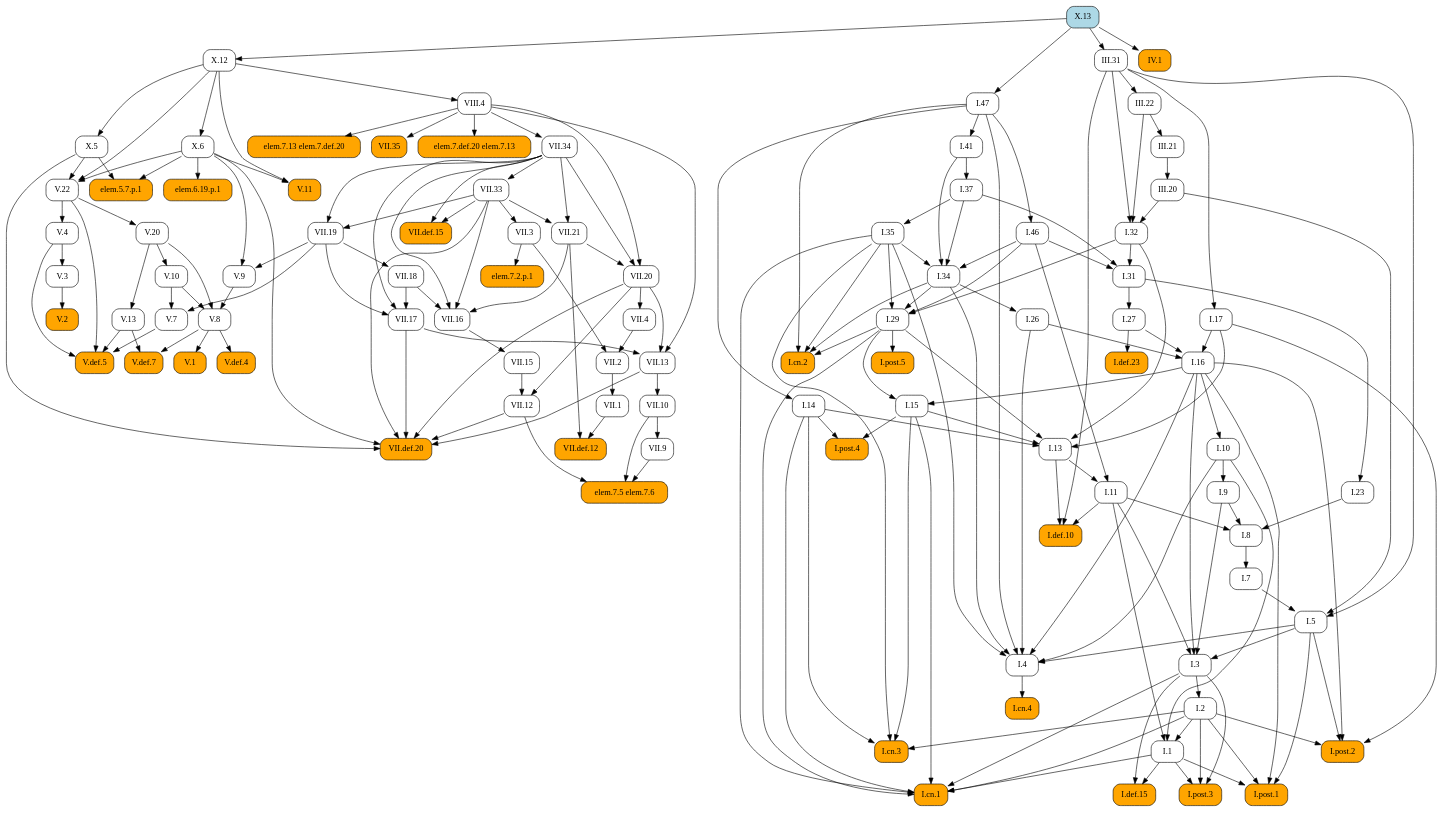
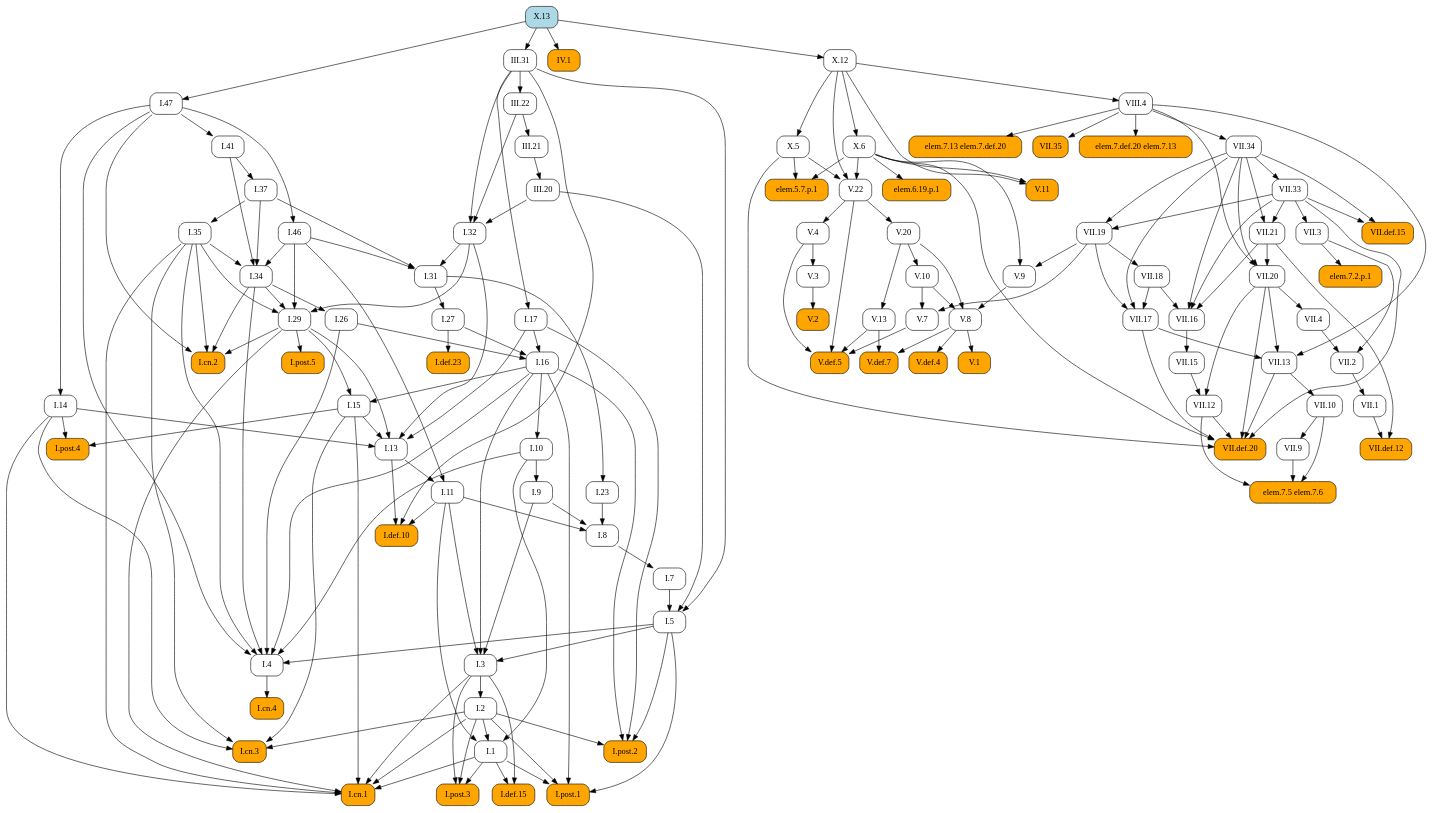
Before and after one commit to geometor/elements: the diagram in docsrc/heath/X/13/index.rst, drawn with Graphviz. The commit also changed other lines of this file and 1029 other files, not shown here.

```diff
--- a/docsrc/heath/X/13/index.rst
+++ b/docsrc/heath/X/13/index.rst
@@ -53,166 +53,240 @@
    digraph {
      rankdir="TB";
      node [shape=box, style=rounded];
+     "I.def.10" [style="rounded,filled", fillcolor=orange, URL="/heath/I/def.10/", target="_top"];
+     "I.11" [URL="/heath/I/11/", target="_top"];
+     "I.post.4" [style="rounded,filled", fillcolor=orange, URL="/heath/I/post.4/", target="_top"];
+     "I.1" [URL="/heath/I/1/", target="_top"];
+     "VII.1" [URL="/heath/VII/1/", target="_top"];
+     "VII.9" [URL="/heath/VII/9/", target="_top"];
+     "V.def.5" [style="rounded,filled", fillcolor=orange, URL="/heath/V/def.5/", target="_top"];
+     "III.20" [URL="/heath/III/20/", target="_top"];
+     "III.31" [URL="/heath/III/31/", target="_top"];
+     "X.13" [style="rounded,filled", fillcolor=lightblue, URL="/heath/X/13/", target="_top"];
+     "V.13" [URL="/heath/V/13/", target="_top"];
+     "V.11" [style="rounded,filled", fillcolor=orange, URL="/heath/V/11/", target="_top"];
+     "I.47" [URL="/heath/I/47/", target="_top"];
+     "elem.7.5 elem.7.6" [style="rounded,filled", fillcolor=orange];
+     "I.post.3" [style="rounded,filled", fillcolor=orange, URL="/heath/I/post.3/", target="_top"];
+     "I.cn.3" [style="rounded,filled", fillcolor=orange, URL="/heath/I/cn.3/", target="_top"];
+     "I.14" [URL="/heath/I/14/", target="_top"];
+     "VII.13" [URL="/heath/VII/13/", target="_top"];
+     "VII.2" [URL="/heath/VII/2/", target="_top"];
+     "V.3" [URL="/heath/V/3/", target="_top"];
+     "elem.7.13 elem.7.def.20" [style="rounded,filled", fillcolor=orange];
+     "VII.12" [URL="/heath/VII/12/", target="_top"];
+     "VII.def.12" [style="rounded,filled", fillcolor=orange, URL="/heath/VII/def.12/", target="_top"];
+     "I.41" [URL="/heath/I/41/", target="_top"];
+     "I.27" [URL="/heath/I/27/", target="_top"];
+     "V.8" [URL="/heath/V/8/", target="_top"];
+     "I.37" [URL="/heath/I/37/", target="_top"];
+     "I.34" [URL="/heath/I/34/", target="_top"];
+     "VII.10" [URL="/heath/VII/10/", target="_top"];
+     "elem.7.2.p.1" [style="rounded,filled", fillcolor=orange];
+     "I.2" [URL="/heath/I/2/", target="_top"];
+     "I.def.23" [style="rounded,filled", fillcolor=orange, URL="/heath/I/def.23/", target="_top"];
+     "VII.18" [URL="/heath/VII/18/", target="_top"];
+     "IV.1" [style="rounded,filled", fillcolor=orange, URL="/heath/IV/1/", target="_top"];
+     "I.17" [URL="/heath/I/17/", target="_top"];
+     "I.post.2" [style="rounded,filled", fillcolor=orange, URL="/heath/I/post.2/", target="_top"];
+     "VII.21" [URL="/heath/VII/21/", target="_top"];
+     "VII.20" [URL="/heath/VII/20/", target="_top"];
+     "VII.35" [style="rounded,filled", fillcolor=orange, URL="/heath/VII/35/", target="_top"];
+     "I.9" [URL="/heath/I/9/", target="_top"];
+     "I.32" [URL="/heath/I/32/", target="_top"];
+     "V.def.4" [style="rounded,filled", fillcolor=orange, URL="/heath/V/def.4/", target="_top"];
+     "I.cn.4" [style="rounded,filled", fillcolor=orange, URL="/heath/I/cn.4/", target="_top"];
+     "I.15" [URL="/heath/I/15/", target="_top"];
+     "III.22" [URL="/heath/III/22/", target="_top"];
+     "V.def.7" [style="rounded,filled", fillcolor=orange, URL="/heath/V/def.7/", target="_top"];
+     "VII.def.20" [style="rounded,filled", fillcolor=orange, URL="/heath/VII/def.20/", target="_top"];
+     "I.5" [URL="/heath/I/5/", target="_top"];
+     "elem.7.def.20 elem.7.13" [style="rounded,filled", fillcolor=orange];
+     "I.26" [URL="/heath/I/26/", target="_top"];
+     "I.29" [URL="/heath/I/29/", target="_top"];
+     "V.22" [URL="/heath/V/22/", target="_top"];
+     "I.cn.2" [style="rounded,filled", fillcolor=orange, URL="/heath/I/cn.2/", target="_top"];
+     "X.6" [URL="/heath/X/6/", target="_top"];
+     "V.20" [URL="/heath/V/20/", target="_top"];
+     "V.10" [URL="/heath/V/10/", target="_top"];
+     "VII.17" [URL="/heath/VII/17/", target="_top"];
+     "VII.3" [URL="/heath/VII/3/", target="_top"];
+     "I.def.15" [style="rounded,filled", fillcolor=orange, URL="/heath/I/def.15/", target="_top"];
+     "I.cn.1" [style="rounded,filled", fillcolor=orange, URL="/heath/I/cn.1/", target="_top"];
+     "V.7" [URL="/heath/V/7/", target="_top"];
+     "V.9" [URL="/heath/V/9/", target="_top"];
+     "I.23" [URL="/heath/I/23/", target="_top"];
+     "I.post.1" [style="rounded,filled", fillcolor=orange, URL="/heath/I/post.1/", target="_top"];
+     "X.12" [URL="/heath/X/12/", target="_top"];
+     "elem.6.19.p.1" [style="rounded,filled", fillcolor=orange];
+     "I.35" [URL="/heath/I/35/", target="_top"];
+     "I.10" [URL="/heath/I/10/", target="_top"];
+     "I.46" [URL="/heath/I/46/", target="_top"];
+     "VII.33" [URL="/heath/VII/33/", target="_top"];
+     "I.7" [URL="/heath/I/7/", target="_top"];
+     "I.3" [URL="/heath/I/3/", target="_top"];
+     "VII.def.15" [style="rounded,filled", fillcolor=orange, URL="/heath/VII/def.15/", target="_top"];
+     "I.4" [URL="/heath/I/4/", target="_top"];
+     "VII.19" [URL="/heath/VII/19/", target="_top"];
+     "I.13" [URL="/heath/I/13/", target="_top"];
+     "VII.16" [URL="/heath/VII/16/", target="_top"];
+     "V.4" [URL="/heath/V/4/", target="_top"];
+     "elem.5.7.p.1" [style="rounded,filled", fillcolor=orange];
+     "VII.4" [URL="/heath/VII/4/", target="_top"];
+     "I.31" [URL="/heath/I/31/", target="_top"];
+     "VIII.4" [URL="/heath/VIII/4/", target="_top"];
      "V.1" [style="rounded,filled", fillcolor=orange, URL="/heath/V/1/", target="_top"];
-     "VII.12" [URL="/heath/VII/12/", target="_top"];
-     "III.22" [URL="/heath/III/22/", target="_top"];
-     "I.29" [URL="/heath/I/29/", target="_top"];
-     "I.7" [URL="/heath/I/7/", target="_top"];
-     "I.27" [URL="/heath/I/27/", target="_top"];
-     "I.def.23" [style="rounded,filled", fillcolor=orange, URL="/heath/I/def.23/", target="_top"];
-     "V.20" [URL="/heath/V/20/", target="_top"];
-     "I.34" [URL="/heath/I/34/", target="_top"];
-     "VII.13" [URL="/heath/VII/13/", target="_top"];
-     "I.8" [URL="/heath/I/8/", target="_top"];
-     "VII.16" [URL="/heath/VII/16/", target="_top"];
-     "I.9" [URL="/heath/I/9/", target="_top"];
-     "V.2" [style="rounded,filled", fillcolor=orange, URL="/heath/V/2/", target="_top"];
-     "VII.def.15" [style="rounded,filled", fillcolor=orange, URL="/heath/VII/def.15/", target="_top"];
-     "VII.18" [URL="/heath/VII/18/", target="_top"];
-     "V.22" [URL="/heath/V/22/", target="_top"];
-     "III.20" [URL="/heath/III/20/", target="_top"];
-     "I.post.4" [style="rounded,filled", fillcolor=orange, URL="/heath/I/post.4/", target="_top"];
-     "elem.5.7.p.1" [style="rounded,filled", fillcolor=orange];
-     "I.2" [URL="/heath/I/2/", target="_top"];
-     "V.4" [URL="/heath/V/4/", target="_top"];
-     "VII.15" [URL="/heath/VII/15/", target="_top"];
-     "VII.def.12" [style="rounded,filled", fillcolor=orange, URL="/heath/VII/def.12/", target="_top"];
-     "VII.2" [URL="/heath/VII/2/", target="_top"];
-     "I.cn.4" [style="rounded,filled", fillcolor=orange, URL="/heath/I/cn.4/", target="_top"];
-     "elem.7.5 elem.7.6" [style="rounded,filled", fillcolor=orange];
-     "VII.3" [URL="/heath/VII/3/", target="_top"];
-     "VII.10" [URL="/heath/VII/10/", target="_top"];
-     "III.31" [URL="/heath/III/31/", target="_top"];
-     "I.23" [URL="/heath/I/23/", target="_top"];
-     "I.13" [URL="/heath/I/13/", target="_top"];
-     "VII.20" [URL="/heath/VII/20/", target="_top"];
-     "I.5" [URL="/heath/I/5/", target="_top"];
-     "III.21" [URL="/heath/III/21/", target="_top"];
-     "I.11" [URL="/heath/I/11/", target="_top"];
-     "X.6" [URL="/heath/X/6/", target="_top"];
-     "I.4" [URL="/heath/I/4/", target="_top"];
-     "VII.9" [URL="/heath/VII/9/", target="_top"];
-     "I.def.10" [style="rounded,filled", fillcolor=orange, URL="/heath/I/def.10/", target="_top"];
-     "I.46" [URL="/heath/I/46/", target="_top"];
-     "VII.19" [URL="/heath/VII/19/", target="_top"];
-     "VII.4" [URL="/heath/VII/4/", target="_top"];
-     "elem.7.2.p.1" [style="rounded,filled", fillcolor=orange];
-     "I.post.3" [style="rounded,filled", fillcolor=orange, URL="/heath/I/post.3/", target="_top"];
-     "V.9" [URL="/heath/V/9/", target="_top"];
-     "V.3" [URL="/heath/V/3/", target="_top"];
-     "I.15" [URL="/heath/I/15/", target="_top"];
-     "VII.1" [URL="/heath/VII/1/", target="_top"];
-     "I.17" [URL="/heath/I/17/", target="_top"];
-     "elem.7.13 elem.7.def.20" [style="rounded,filled", fillcolor=orange];
-     "I.32" [URL="/heath/I/32/", target="_top"];
-     "V.def.5" [style="rounded,filled", fillcolor=orange, URL="/heath/V/def.5/", target="_top"];
-     "I.41" [URL="/heath/I/41/", target="_top"];
-     "I.cn.3" [style="rounded,filled", fillcolor=orange, URL="/heath/I/cn.3/", target="_top"];
-     "VII.35" [style="rounded,filled", fillcolor=orange, URL="/heath/VII/35/", target="_top"];
-     "X.13" [style="rounded,filled", fillcolor=lightblue, URL="/heath/X/13/", target="_top"];
-     "VIII.4" [URL="/heath/VIII/4/", target="_top"];
-     "elem.7.def.20 elem.7.13" [style="rounded,filled", fillcolor=orange];
-     "V.def.4" [style="rounded,filled", fillcolor=orange, URL="/heath/V/def.4/", target="_top"];
-     "V.8" [URL="/heath/V/8/", target="_top"];
-     "VII.21" [URL="/heath/VII/21/", target="_top"];
-     "V.7" [URL="/heath/V/7/", target="_top"];
-     "I.def.15" [style="rounded,filled", fillcolor=orange, URL="/heath/I/def.15/", target="_top"];
-     "I.1" [URL="/heath/I/1/", target="_top"];
-     "I.post.1" [style="rounded,filled", fillcolor=orange, URL="/heath/I/post.1/", target="_top"];
-     "V.13" [URL="/heath/V/13/", target="_top"];
+     "I.16" [URL="/heath/I/16/", target="_top"];
      "X.5" [URL="/heath/X/5/", target="_top"];
      "VII.34" [URL="/heath/VII/34/", target="_top"];
-     "VII.def.20" [style="rounded,filled", fillcolor=orange, URL="/heath/VII/def.20/", target="_top"];
-     "elem.6.19.p.1" [style="rounded,filled", fillcolor=orange];
-     "I.26" [URL="/heath/I/26/", target="_top"];
-     "V.def.7" [style="rounded,filled", fillcolor=orange, URL="/heath/V/def.7/", target="_top"];
-     "I.cn.2" [style="rounded,filled", fillcolor=orange, URL="/heath/I/cn.2/", target="_top"];
-     "V.10" [URL="/heath/V/10/", target="_top"];
-     "I.10" [URL="/heath/I/10/", target="_top"];
-     "I.3" [URL="/heath/I/3/", target="_top"];
-     "I.16" [URL="/heath/I/16/", target="_top"];
-     "I.31" [URL="/heath/I/31/", target="_top"];
-     "V.11" [style="rounded,filled", fillcolor=orange, URL="/heath/V/11/", target="_top"];
-     "X.12" [URL="/heath/X/12/", target="_top"];
-     "I.post.2" [style="rounded,filled", fillcolor=orange, URL="/heath/I/post.2/", target="_top"];
-     "IV.1" [style="rounded,filled", fillcolor=orange, URL="/heath/IV/1/", target="_top"];
+     "I.8" [URL="/heath/I/8/", target="_top"];
+     "V.2" [style="rounded,filled", fillcolor=orange, URL="/heath/V/2/", target="_top"];
+     "III.21" [URL="/heath/III/21/", target="_top"];
      "I.post.5" [style="rounded,filled", fillcolor=orange, URL="/heath/I/post.5/", target="_top"];
-     "I.14" [URL="/heath/I/14/", target="_top"];
-     "I.35" [URL="/heath/I/35/", target="_top"];
-     "I.47" [URL="/heath/I/47/", target="_top"];
-     "I.cn.1" [style="rounded,filled", fillcolor=orange, URL="/heath/I/cn.1/", target="_top"];
-     "VII.33" [URL="/heath/VII/33/", target="_top"];
-     "I.37" [URL="/heath/I/37/", target="_top"];
-     "VII.17" [URL="/heath/VII/17/", target="_top"];
-     "V.8" -> "V.1";
+     "VII.15" [URL="/heath/VII/15/", target="_top"];
+     "I.11" -> "I.def.10";
+     "I.13" -> "I.def.10";
+     "III.31" -> "I.def.10";
+     "I.13" -> "I.11";
+     "I.46" -> "I.11";
+     "I.14" -> "I.post.4";
+     "I.15" -> "I.post.4";
+     "I.2" -> "I.1";
+     "I.10" -> "I.1";
+     "I.11" -> "I.1";
+     "VII.2" -> "VII.1";
+     "VII.10" -> "VII.9";
+     "V.4" -> "V.def.5";
+     "V.7" -> "V.def.5";
+     "V.13" -> "V.def.5";
+     "V.22" -> "V.def.5";
+     "III.21" -> "III.20";
+     "X.13" -> "III.31";
+     "V.20" -> "V.13";
+     "X.6" -> "V.11";
+     "X.12" -> "V.11";
+     "X.13" -> "I.47";
+     "VII.9" -> "elem.7.5 elem.7.6";
+     "VII.10" -> "elem.7.5 elem.7.6";
+     "VII.12" -> "elem.7.5 elem.7.6";
+     "I.1" -> "I.post.3";
+     "I.2" -> "I.post.3";
+     "I.3" -> "I.post.3";
+     "I.2" -> "I.cn.3";
+     "I.14" -> "I.cn.3";
+     "I.15" -> "I.cn.3";
+     "I.35" -> "I.cn.3";
+     "I.47" -> "I.14";
+     "VII.17" -> "VII.13";
+     "VII.20" -> "VII.13";
+     "VIII.4" -> "VII.13";
+     "VII.3" -> "VII.2";
+     "VII.4" -> "VII.2";
+     "V.4" -> "V.3";
+     "VIII.4" -> "elem.7.13 elem.7.def.20";
      "VII.15" -> "VII.12";
      "VII.20" -> "VII.12";
+     "VII.1" -> "VII.def.12";
+     "VII.21" -> "VII.def.12";
+     "I.47" -> "I.41";
+     "I.31" -> "I.27";
+     "V.9" -> "V.8";
+     "V.10" -> "V.8";
+     "V.20" -> "V.8";
+     "I.41" -> "I.37";
+     "I.35" -> "I.34";
+     "I.37" -> "I.34";
+     "I.41" -> "I.34";
+     "I.46" -> "I.34";
+     "VII.13" -> "VII.10";
+     "VII.3" -> "elem.7.2.p.1";
+     "I.3" -> "I.2";
+     "I.27" -> "I.def.23";
+     "VII.19" -> "VII.18";
+     "X.13" -> "IV.1";
+     "III.31" -> "I.17";
+     "I.2" -> "I.post.2";
+     "I.5" -> "I.post.2";
+     "I.16" -> "I.post.2";
+     "I.17" -> "I.post.2";
+     "VII.33" -> "VII.21";
+     "VII.34" -> "VII.21";
+     "VII.21" -> "VII.20";
+     "VII.34" -> "VII.20";
+     "VIII.4" -> "VII.20";
+     "VIII.4" -> "VII.35";
+     "I.10" -> "I.9";
+     "III.20" -> "I.32";
+     "III.22" -> "I.32";
+     "III.31" -> "I.32";
+     "V.8" -> "V.def.4";
+     "I.4" -> "I.cn.4";
+     "I.16" -> "I.15";
+     "I.29" -> "I.15";
      "III.31" -> "III.22";
+     "V.8" -> "V.def.7";
+     "V.13" -> "V.def.7";
+     "VII.12" -> "VII.def.20";
+     "VII.13" -> "VII.def.20";
+     "VII.17" -> "VII.def.20";
+     "VII.20" -> "VII.def.20";
+     "VII.33" -> "VII.def.20";
+     "X.5" -> "VII.def.20";
+     "X.6" -> "VII.def.20";
+     "I.7" -> "I.5";
+     "III.20" -> "I.5";
+     "III.31" -> "I.5";
+     "VIII.4" -> "elem.7.def.20 elem.7.13";
+     "I.34" -> "I.26";
      "I.32" -> "I.29";
      "I.34" -> "I.29";
      "I.35" -> "I.29";
      "I.46" -> "I.29";
-     "I.8" -> "I.7";
-     "I.31" -> "I.27";
-     "I.27" -> "I.def.23";
-     "V.22" -> "V.20";
-     "I.35" -> "I.34";
-     "I.37" -> "I.34";
-     "I.41" -> "I.34";
-     "I.46" -> "I.34";
-     "VII.17" -> "VII.13";
-     "VII.20" -> "VII.13";
-     "VIII.4" -> "VII.13";
-     "I.9" -> "I.8";
-     "I.11" -> "I.8";
-     "I.23" -> "I.8";
-     "VII.18" -> "VII.16";
-     "VII.21" -> "VII.16";
-     "VII.33" -> "VII.16";
-     "VII.34" -> "VII.16";
-     "I.10" -> "I.9";
-     "V.3" -> "V.2";
-     "VII.33" -> "VII.def.15";
-     "VII.34" -> "VII.def.15";
-     "VII.19" -> "VII.18";
      "X.5" -> "V.22";
      "X.6" -> "V.22";
      "X.12" -> "V.22";
-     "III.21" -> "III.20";
-     "I.14" -> "I.post.4";
-     "I.15" -> "I.post.4";
-     "X.5" -> "elem.5.7.p.1";
-     "X.6" -> "elem.5.7.p.1";
-     "I.3" -> "I.2";
-     "V.22" -> "V.4";
-     "VII.16" -> "VII.15";
-     "VII.1" -> "VII.def.12";
-     "VII.21" -> "VII.def.12";
-     "VII.3" -> "VII.2";
-     "VII.4" -> "VII.2";
-     "I.4" -> "I.cn.4";
-     "VII.9" -> "elem.7.5 elem.7.6";
-     "VII.10" -> "elem.7.5 elem.7.6";
-     "VII.12" -> "elem.7.5 elem.7.6";
+     "I.29" -> "I.cn.2";
+     "I.34" -> "I.cn.2";
+     "I.35" -> "I.cn.2";
+     "I.47" -> "I.cn.2";
+     "X.12" -> "X.6";
+     "V.22" -> "V.20";
+     "V.20" -> "V.10";
+     "VII.18" -> "VII.17";
+     "VII.19" -> "VII.17";
+     "VII.34" -> "VII.17";
      "VII.33" -> "VII.3";
-     "VII.13" -> "VII.10";
-     "X.13" -> "III.31";
+     "I.1" -> "I.def.15";
+     "I.3" -> "I.def.15";
+     "I.1" -> "I.cn.1";
+     "I.2" -> "I.cn.1";
+     "I.3" -> "I.cn.1";
+     "I.14" -> "I.cn.1";
+     "I.15" -> "I.cn.1";
+     "I.29" -> "I.cn.1";
+     "I.35" -> "I.cn.1";
+     "V.10" -> "V.7";
+     "VII.19" -> "V.7";
+     "VII.19" -> "V.9";
+     "X.6" -> "V.9";
      "I.31" -> "I.23";
-     "I.14" -> "I.13";
-     "I.15" -> "I.13";
-     "I.17" -> "I.13";
-     "I.29" -> "I.13";
-     "I.32" -> "I.13";
-     "VII.21" -> "VII.20";
-     "VII.34" -> "VII.20";
-     "VIII.4" -> "VII.20";
-     "I.7" -> "I.5";
-     "III.20" -> "I.5";
-     "III.31" -> "I.5";
-     "III.22" -> "III.21";
-     "I.13" -> "I.11";
-     "I.46" -> "I.11";
-     "X.12" -> "X.6";
+     "I.1" -> "I.post.1";
+     "I.2" -> "I.post.1";
+     "I.5" -> "I.post.1";
+     "I.16" -> "I.post.1";
+     "X.13" -> "X.12";
+     "X.6" -> "elem.6.19.p.1";
+     "I.37" -> "I.35";
+     "I.16" -> "I.10";
+     "I.47" -> "I.46";
+     "VII.34" -> "VII.33";
+     "I.8" -> "I.7";
+     "I.5" -> "I.3";
+     "I.9" -> "I.3";
+     "I.11" -> "I.3";
+     "I.16" -> "I.3";
+     "VII.33" -> "VII.def.15";
+     "VII.34" -> "VII.def.15";
      "I.5" -> "I.4";
      "I.10" -> "I.4";
      "I.16" -> "I.4";
@@ -220,110 +294,36 @@
      "I.34" -> "I.4";
      "I.35" -> "I.4";
      "I.47" -> "I.4";
-     "VII.10" -> "VII.9";
-     "I.11" -> "I.def.10";
-     "I.13" -> "I.def.10";
-     "III.31" -> "I.def.10";
-     "I.47" -> "I.46";
      "VII.33" -> "VII.19";
      "VII.34" -> "VII.19";
+     "I.14" -> "I.13";
+     "I.15" -> "I.13";
+     "I.17" -> "I.13";
+     "I.29" -> "I.13";
+     "I.32" -> "I.13";
+     "VII.18" -> "VII.16";
+     "VII.21" -> "VII.16";
+     "VII.33" -> "VII.16";
+     "VII.34" -> "VII.16";
+     "V.22" -> "V.4";
+     "X.5" -> "elem.5.7.p.1";
+     "X.6" -> "elem.5.7.p.1";
      "VII.20" -> "VII.4";
-     "VII.3" -> "elem.7.2.p.1";
-     "I.1" -> "I.post.3";
-     "I.2" -> "I.post.3";
-     "I.3" -> "I.post.3";
-     "VII.19" -> "V.9";
-     "X.6" -> "V.9";
-     "V.4" -> "V.3";
-     "I.16" -> "I.15";
-     "I.29" -> "I.15";
-     "VII.2" -> "VII.1";
-     "III.31" -> "I.17";
-     "VIII.4" -> "elem.7.13 elem.7.def.20";
-     "III.20" -> "I.32";
-     "III.22" -> "I.32";
-     "III.31" -> "I.32";
-     "V.4" -> "V.def.5";
-     "V.7" -> "V.def.5";
-     "V.13" -> "V.def.5";
-     "V.22" -> "V.def.5";
-     "I.47" -> "I.41";
-     "I.2" -> "I.cn.3";
-     "I.14" -> "I.cn.3";
-     "I.15" -> "I.cn.3";
-     "I.35" -> "I.cn.3";
-     "VIII.4" -> "VII.35";
+     "I.32" -> "I.31";
+     "I.37" -> "I.31";
+     "I.46" -> "I.31";
      "X.12" -> "VIII.4";
-     "VIII.4" -> "elem.7.def.20 elem.7.13";
-     "V.8" -> "V.def.4";
-     "V.9" -> "V.8";
-     "V.10" -> "V.8";
-     "V.20" -> "V.8";
-     "VII.33" -> "VII.21";
-     "VII.34" -> "VII.21";
-     "V.10" -> "V.7";
-     "VII.19" -> "V.7";
-     "I.1" -> "I.def.15";
-     "I.3" -> "I.def.15";
-     "I.2" -> "I.1";
-     "I.10" -> "I.1";
-     "I.11" -> "I.1";
-     "I.1" -> "I.post.1";
-     "I.2" -> "I.post.1";
-     "I.5" -> "I.post.1";
-     "I.16" -> "I.post.1";
-     "V.20" -> "V.13";
-     "X.12" -> "X.5";
-     "VIII.4" -> "VII.34";
-     "VII.12" -> "VII.def.20";
-     "VII.13" -> "VII.def.20";
-     "VII.17" -> "VII.def.20";
-     "VII.20" -> "VII.def.20";
-     "VII.33" -> "VII.def.20";
-     "X.5" -> "VII.def.20";
-     "X.6" -> "VII.def.20";
-     "X.6" -> "elem.6.19.p.1";
-     "I.34" -> "I.26";
-     "V.8" -> "V.def.7";
-     "V.13" -> "V.def.7";
-     "I.29" -> "I.cn.2";
-     "I.34" -> "I.cn.2";
-     "I.35" -> "I.cn.2";
-     "I.47" -> "I.cn.2";
-     "V.20" -> "V.10";
-     "I.16" -> "I.10";
-     "I.5" -> "I.3";
-     "I.9" -> "I.3";
-     "I.11" -> "I.3";
-     "I.16" -> "I.3";
+     "V.8" -> "V.1";
      "I.17" -> "I.16";
      "I.26" -> "I.16";
      "I.27" -> "I.16";
-     "I.32" -> "I.31";
-     "I.37" -> "I.31";
-     "I.46" -> "I.31";
-     "X.6" -> "V.11";
-     "X.12" -> "V.11";
-     "X.13" -> "X.12";
-     "I.2" -> "I.post.2";
-     "I.5" -> "I.post.2";
-     "I.16" -> "I.post.2";
-     "I.17" -> "I.post.2";
-     "X.13" -> "IV.1";
+     "X.12" -> "X.5";
+     "VIII.4" -> "VII.34";
+     "I.9" -> "I.8";
+     "I.11" -> "I.8";
+     "I.23" -> "I.8";
+     "V.3" -> "V.2";
+     "III.22" -> "III.21";
      "I.29" -> "I.post.5";
-     "I.47" -> "I.14";
-     "I.37" -> "I.35";
-     "X.13" -> "I.47";
-     "I.1" -> "I.cn.1";
-     "I.2" -> "I.cn.1";
-     "I.3" -> "I.cn.1";
-     "I.14" -> "I.cn.1";
-     "I.15" -> "I.cn.1";
-     "I.29" -> "I.cn.1";
-     "I.35" -> "I.cn.1";
-     "VII.34" -> "VII.33";
-     "I.41" -> "I.37";
-     "VII.18" -> "VII.17";
-     "VII.19" -> "VII.17";
-     "VII.34" -> "VII.17";
+     "VII.16" -> "VII.15";
    }
```
